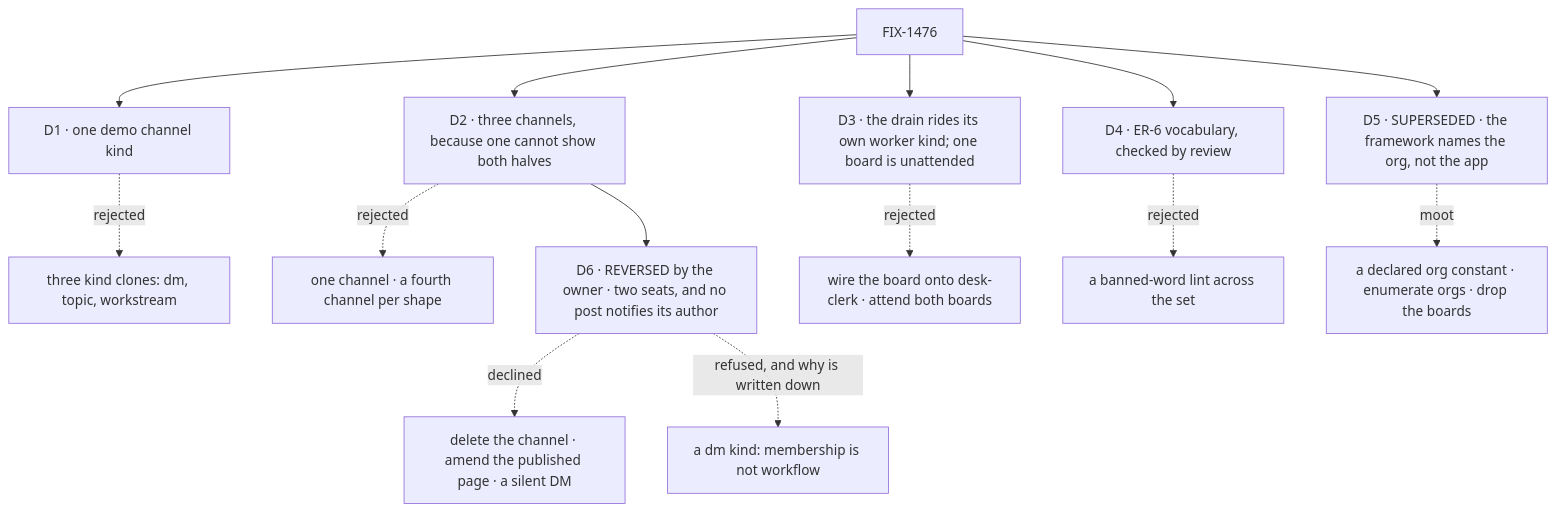
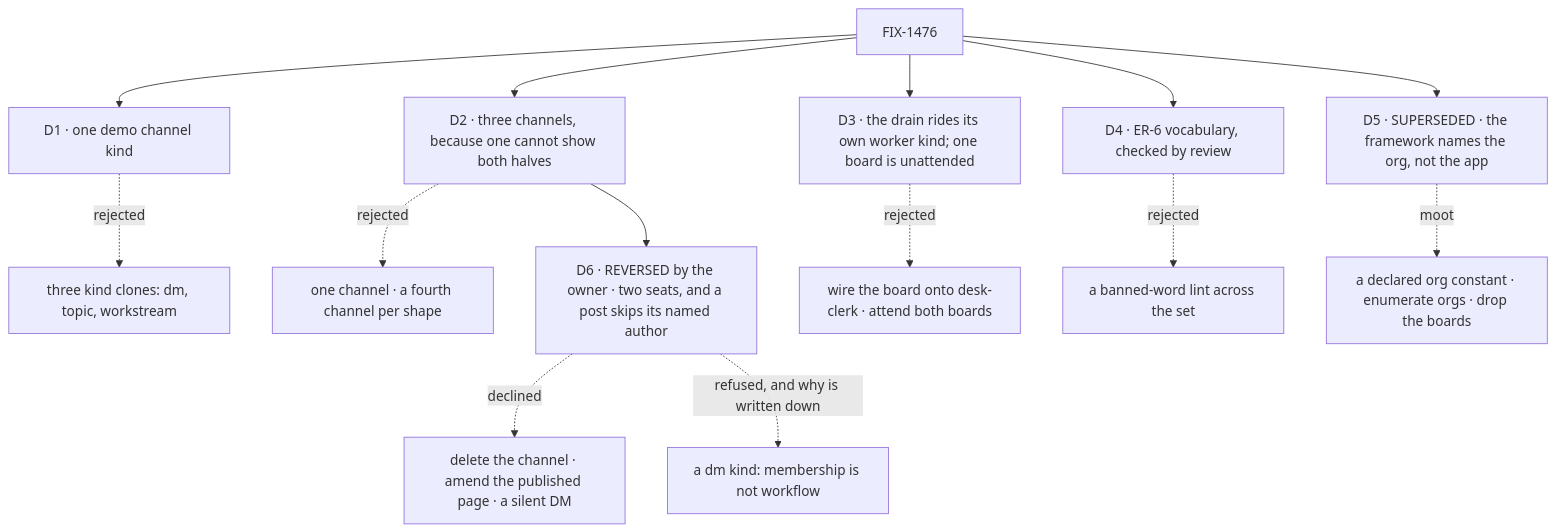
The diagram in specs/issues/FIX-1476/DECISIONS.md (fixpoint-labs/flow-state-dev), drawn with Mermaid before and after one commit. The commit also changed other lines of this file and 4 other files, not shown here.

````diff
--- a/specs/issues/FIX-1476/DECISIONS.md
+++ b/specs/issues/FIX-1476/DECISIONS.md
@@ -10,16 +10,16 @@
 ```mermaid
 flowchart TD
   I["FIX-1476"] --> D1["D1 · one demo channel kind"]
   D1 -.->|"rejected"| X1["three kind clones: dm, topic, workstream"]
   I --> D2["D2 · three channels, because one cannot show both halves"]
   D2 -.->|"rejected"| X2["one channel · a fourth channel per shape"]
-  D2 --> D6["D6 · REVERSED by the owner · two seats, and no post notifies its author"]
+  D2 --> D6["D6 · REVERSED by the owner · two seats, and a post skips its named author"]
   D6 -.->|"declined"| X6["delete the channel · amend the published page · a silent DM"]
   D6 -.->|"refused, and why is written down"| X7["a dm kind: membership is not workflow"]
   I --> D3["D3 · the drain rides its own worker kind; one board is unattended"]
   D3 -.->|"rejected"| X3["wire the board onto desk-clerk · attend both boards"]
   I --> D4["D4 · ER-6 vocabulary, checked by review"]
   D4 -.->|"rejected"| X4["a banned-word lint across the set"]
   I --> D5["D5 · SUPERSEDED · the framework names the org, not the app"]
   D5 -.->|"moot"| X5["a declared org constant · enumerate orgs · drop the boards"]
 ```
````
